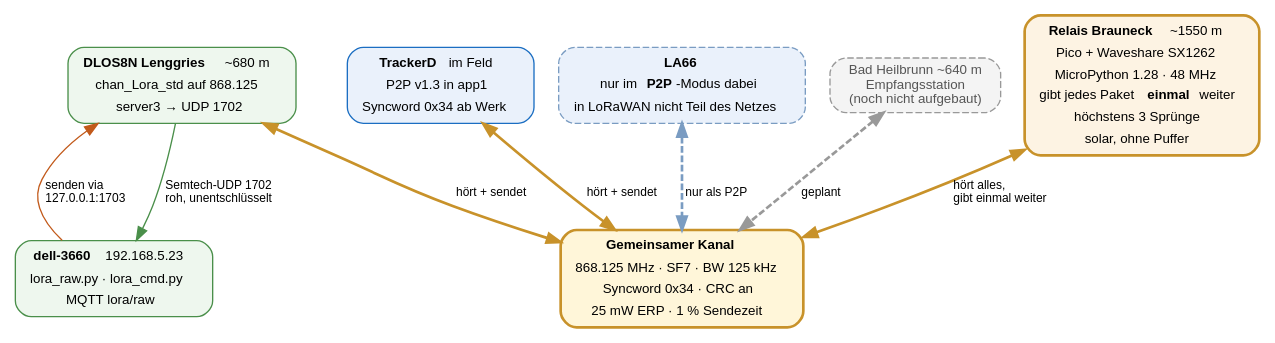
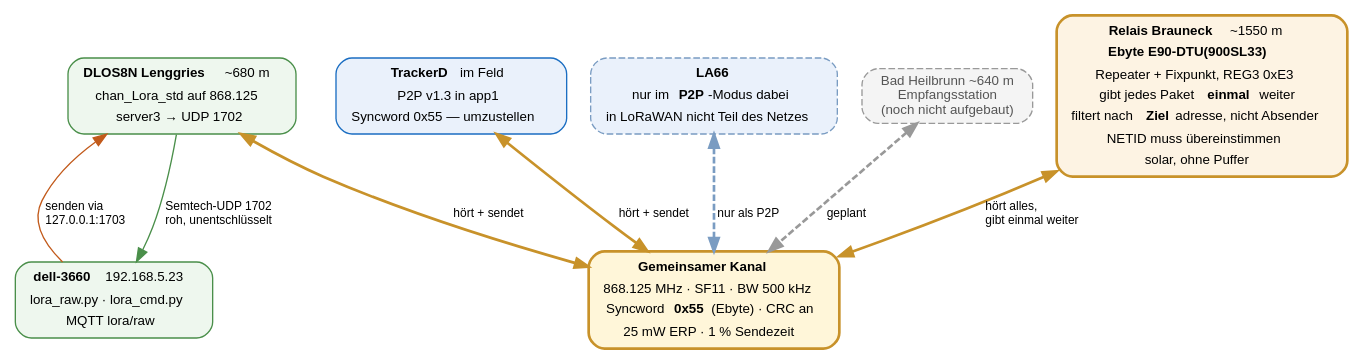
The diagram in devices/pico_sx1262/relais_uebersicht.dot (gerontec/TTN), drawn with Graphviz before and after one commit. The commit also changed 10 other files, not shown here.

```diff
--- a/devices/pico_sx1262/relais_uebersicht.dot
+++ b/devices/pico_sx1262/relais_uebersicht.dot
@@ -1,81 +1,82 @@
 /* Krisennetz Lenggries -- ein gemeinsamer Kanal, jeder hoert jeden
  * Rendern:  dot -Tpdf relais_uebersicht.dot -o relais_uebersicht.pdf
  */
 digraph netz {
     rankdir=TB;
     bgcolor="white";
     fontname="Helvetica";
     node [fontname="Helvetica", fontsize=10];
     edge [fontname="Helvetica", fontsize=9];
     graph [fontname="Helvetica", fontsize=11];
 
     /* ---- der gemeinsame Aether ---- */
     kanal [label=<<TABLE BORDER="0" CELLBORDER="0" CELLSPACING="1">
            <TR><TD><B>Gemeinsamer Kanal</B></TD></TR>
-           <TR><TD>868.125 MHz &#183; SF7 &#183; BW 125 kHz</TD></TR>
-           <TR><TD>Syncword 0x34 &#183; CRC an</TD></TR>
+           <TR><TD>868.125 MHz &#183; SF11 &#183; BW 500 kHz</TD></TR>
+           <TR><TD>Syncword <B>0x55</B> (Ebyte) &#183; CRC an</TD></TR>
            <TR><TD>25 mW ERP &#183; 1 % Sendezeit</TD></TR>
            </TABLE>>,
            shape=box, style="filled,rounded", fillcolor="#fff6d9",
            color="#c8922a", penwidth=2];
 
     /* ---- Stationen ---- */
     pico [label=<<TABLE BORDER="0" CELLBORDER="0" CELLSPACING="1">
           <TR><TD><B>Relais Brauneck</B> ~1550 m</TD></TR>
-          <TR><TD>Pico + Waveshare SX1262</TD></TR>
-          <TR><TD>MicroPython 1.28 &#183; 48 MHz</TD></TR>
+          <TR><TD><B>Ebyte E90-DTU(900SL33)</B></TD></TR>
+          <TR><TD>Repeater + Fixpunkt, REG3 0xE3</TD></TR>
           <TR><TD>gibt jedes Paket <B>einmal</B> weiter</TD></TR>
-          <TR><TD>h&#246;chstens 3 Spr&#252;nge</TD></TR>
+          <TR><TD>filtert nach <B>Ziel</B>adresse, nicht Absender</TD></TR>
+          <TR><TD>NETID muss &#252;bereinstimmen</TD></TR>
           <TR><TD>solar, ohne Puffer</TD></TR>
           </TABLE>>,
           shape=box, style="filled,rounded", fillcolor="#fdf3e3",
           color="#c8922a", penwidth=2];
 
     gw [label=<<TABLE BORDER="0" CELLBORDER="0" CELLSPACING="1">
         <TR><TD><B>DLOS8N Lenggries</B> ~680 m</TD></TR>
         <TR><TD>chan_Lora_std auf 868.125</TD></TR>
         <TR><TD>server3 &#8594; UDP 1702</TD></TR>
         </TABLE>>,
         shape=box, style="filled,rounded", fillcolor="#eef7ee", color="#4a8f4a"];
 
     dell [label=<<TABLE BORDER="0" CELLBORDER="0" CELLSPACING="1">
           <TR><TD><B>dell-3660</B> 192.168.5.23</TD></TR>
           <TR><TD>lora_raw.py &#183; lora_cmd.py</TD></TR>
           <TR><TD>MQTT lora/raw</TD></TR>
           </TABLE>>,
           shape=box, style="filled,rounded", fillcolor="#eef7ee", color="#4a8f4a"];
 
     trackerd [label=<<TABLE BORDER="0" CELLBORDER="0" CELLSPACING="1">
               <TR><TD><B>TrackerD</B> im Feld</TD></TR>
               <TR><TD>P2P v1.3 in app1</TD></TR>
-              <TR><TD>Syncword 0x34 ab Werk</TD></TR>
+              <TR><TD>Syncword 0x55 &#8212; umzustellen</TD></TR>
               </TABLE>>,
               shape=box, style="filled,rounded", fillcolor="#eaf1fb", color="#1b6ec2"];
 
     la66 [label=<<TABLE BORDER="0" CELLBORDER="0" CELLSPACING="1">
           <TR><TD><B>LA66</B></TD></TR>
           <TR><TD>nur im <B>P2P</B>-Modus dabei</TD></TR>
           <TR><TD>in LoRaWAN nicht Teil des Netzes</TD></TR>
           </TABLE>>,
           shape=box, style="filled,rounded,dashed", fillcolor="#eaf1fb",
           color="#7a9cc2"];
 
     bh [label="Bad Heilbrunn ~640 m\nEmpfangsstation\n(noch nicht aufgebaut)",
         shape=box, style="filled,rounded,dashed", fillcolor="#f4f4f4",
         color="#999999", fontcolor="#555555"];
 
     /* ---- alle haengen am selben Kanal ---- */
     edge [dir=both, color="#c8922a", penwidth=2];
     pico     -> kanal [label="  h&#246;rt alles,\l  gibt einmal weiter\l"];
     gw       -> kanal [label="  h&#246;rt + sendet\l"];
     trackerd -> kanal [label="  h&#246;rt + sendet\l"];
     la66     -> kanal [label="  nur als P2P\l", style=dashed, color="#7a9cc2"];
     bh       -> kanal [label="  geplant\l", style=dashed, color="#999999"];
 
     edge [dir=forward, color="#4a8f4a", penwidth=1, style=solid];
     gw -> dell [label="  Semtech-UDP 1702\l  roh, unentschl&#252;sselt\l"];
     dell -> gw [label="  senden via\l  127.0.0.1:1703\l", color="#c25a1b"];
 
     { rank=same; pico; trackerd; }
     { rank=same; gw; la66; }
 }
```
